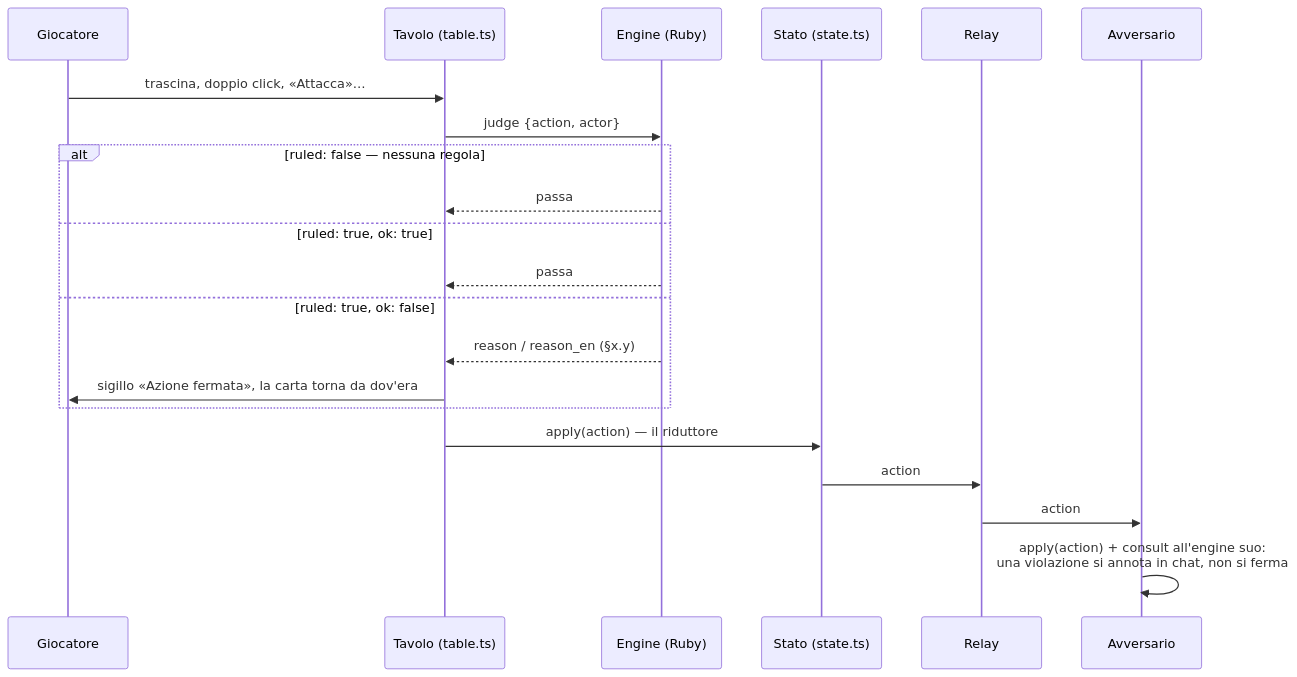
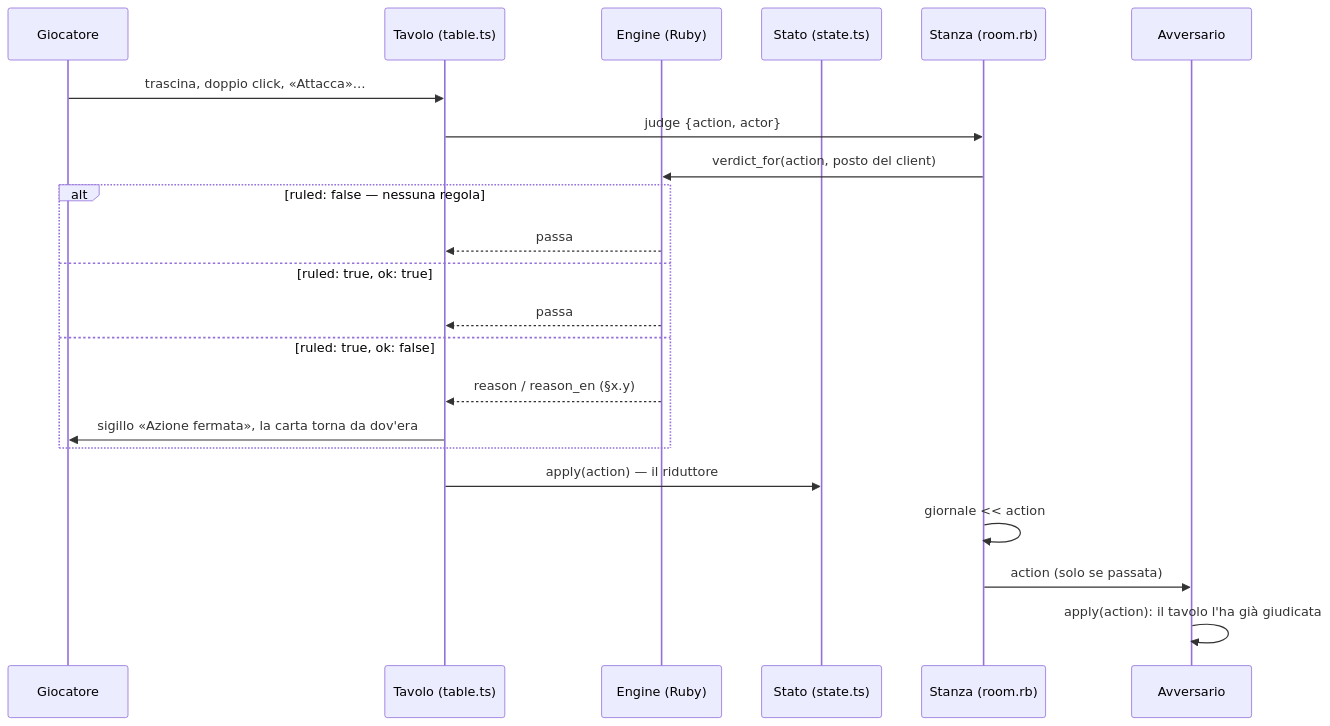
The second of 3 diagrams in README.md (AlexPalaz/rubyfront-tcg), drawn with Mermaid before and after one commit. The commit also changed other lines of this file and 24 other files, not shown here.

First line of the commit message:
Un solo Engine per stanza: giornale delle azioni e inoltro dopo il verdetto

````diff
--- a/README.md
+++ b/README.md
@@ -88,24 +88,25 @@
 ```mermaid
 sequenceDiagram
   participant G as Giocatore
   participant T as Tavolo (table.ts)
   participant E as Engine (Ruby)
   participant S as Stato (state.ts)
-  participant R as Relay
+  participant R as Stanza (room.rb)
   participant P as Avversario
 
   G->>T: trascina, doppio click, «Attacca»…
-  T->>E: judge {action, actor}
+  T->>R: judge {action, actor}
+  R->>E: verdict_for(action, posto del client)
   alt ruled: false — nessuna regola
     E-->>T: passa
   else ruled: true, ok: true
     E-->>T: passa
   else ruled: true, ok: false
     E-->>T: reason / reason_en (§x.y)
     T->>G: sigillo «Azione fermata», la carta torna da dov'era
   end
   T->>S: apply(action) — il riduttore
-  S->>R: action
-  R->>P: action
-  P->>P: apply(action) + consult all'engine suo:<br/>una violazione si annota in chat, non si ferma
+  R->>R: giornale << action
+  R->>P: action (solo se passata)
+  P->>P: apply(action): il tavolo l'ha già giudicata
 ```
````
